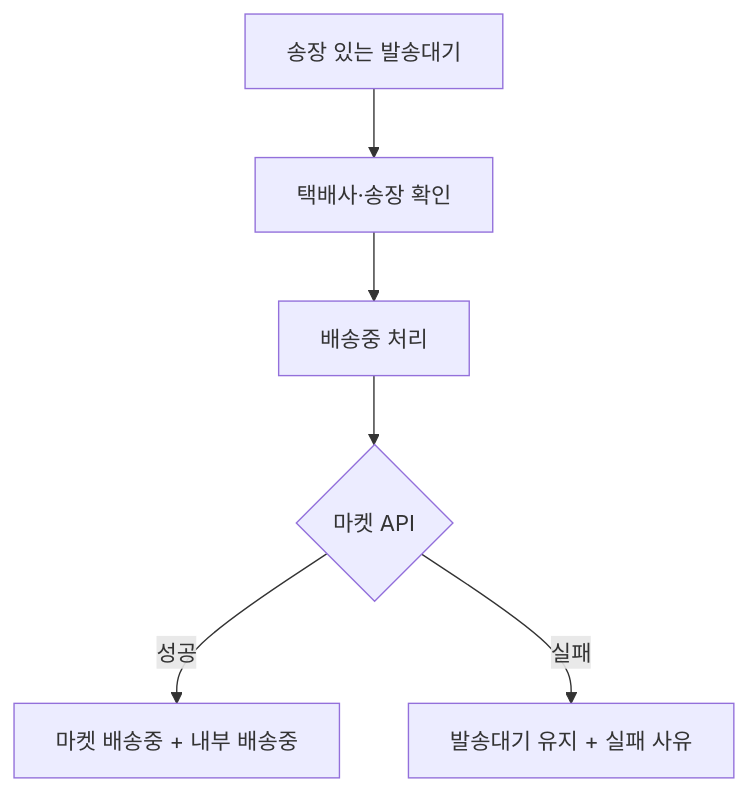
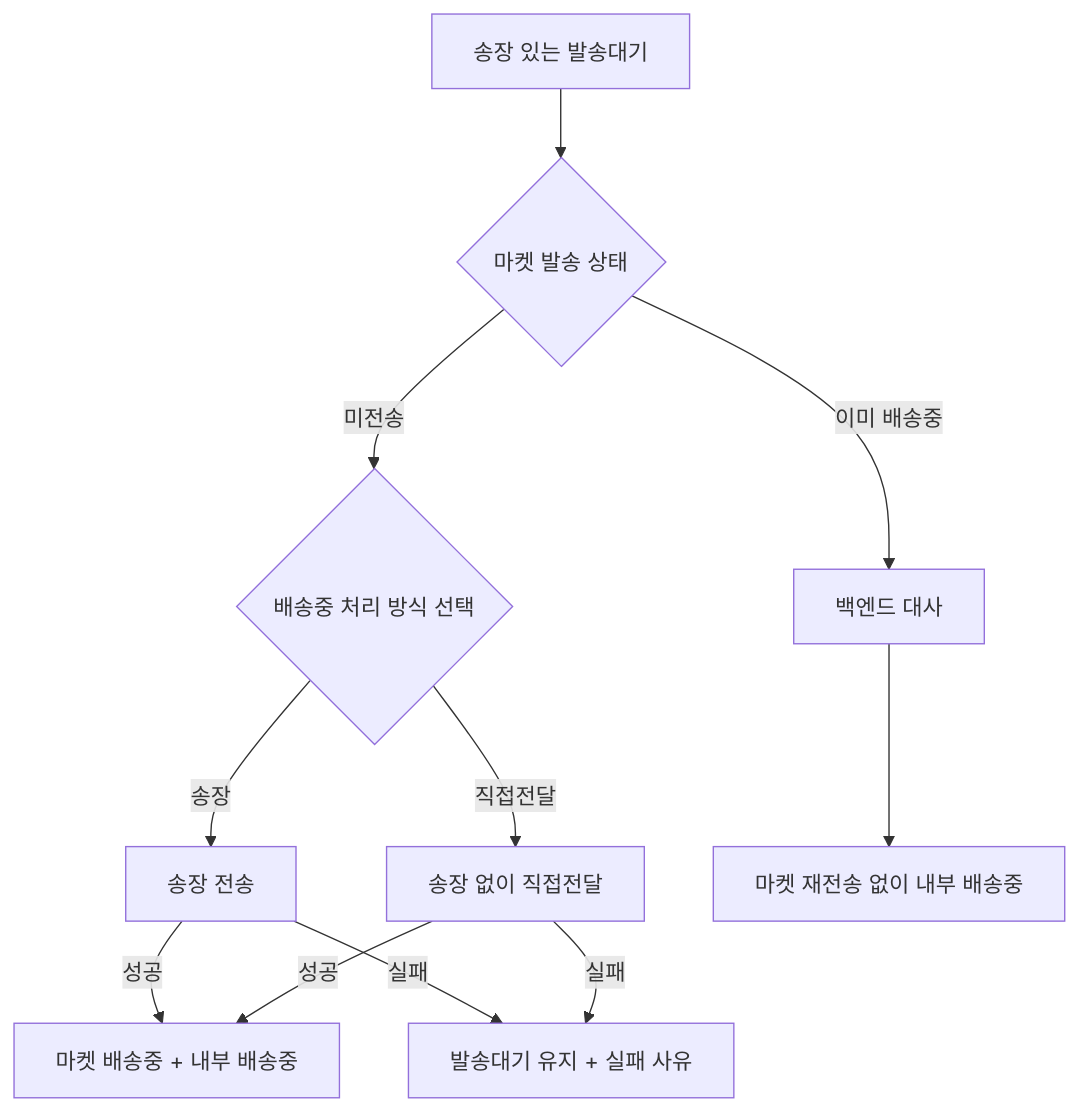
One commit to moonceo/Jmpp changed the fourth of 5 diagrams in docs/08_유저플로우/01_주문처리_유저플로우.md. Above: the diagram before and after it, drawn with Mermaid. The commit also changed other lines of this file and 334 other files, not shown here.

````diff
--- a/docs/08_유저플로우/01_주문처리_유저플로우.md
+++ b/docs/08_유저플로우/01_주문처리_유저플로우.md
@@ -89,8 +93,13 @@
 ```mermaid
 flowchart TD
-    A["송장 있는 발송대기"] --> B["택배사·송장 확인"]
-    B --> C["배송중 처리"]
-    C --> D{"마켓 API"}
-    D -->|"성공"| E["마켓 배송중 + 내부 배송중"]
-    D -->|"실패"| F["발송대기 유지 + 실패 사유"]
+    A["송장 있는 발송대기"] --> B{"마켓 발송 상태"}
+    B -->|"미전송"| C{"배송중 처리 방식 선택"}
+    C -->|"송장"| D["송장 전송"]
+    C -->|"직접전달"| E["송장 없이 직접전달"]
+    D -->|"성공"| F["마켓 배송중 + 내부 배송중"]
+    E -->|"성공"| F
+    D -->|"실패"| G["발송대기 유지 + 실패 사유"]
+    E -->|"실패"| G
+    B -->|"이미 배송중"| H["백엔드 대사"]
+    H --> I["마켓 재전송 없이 내부 배송중"]
 ```
````
